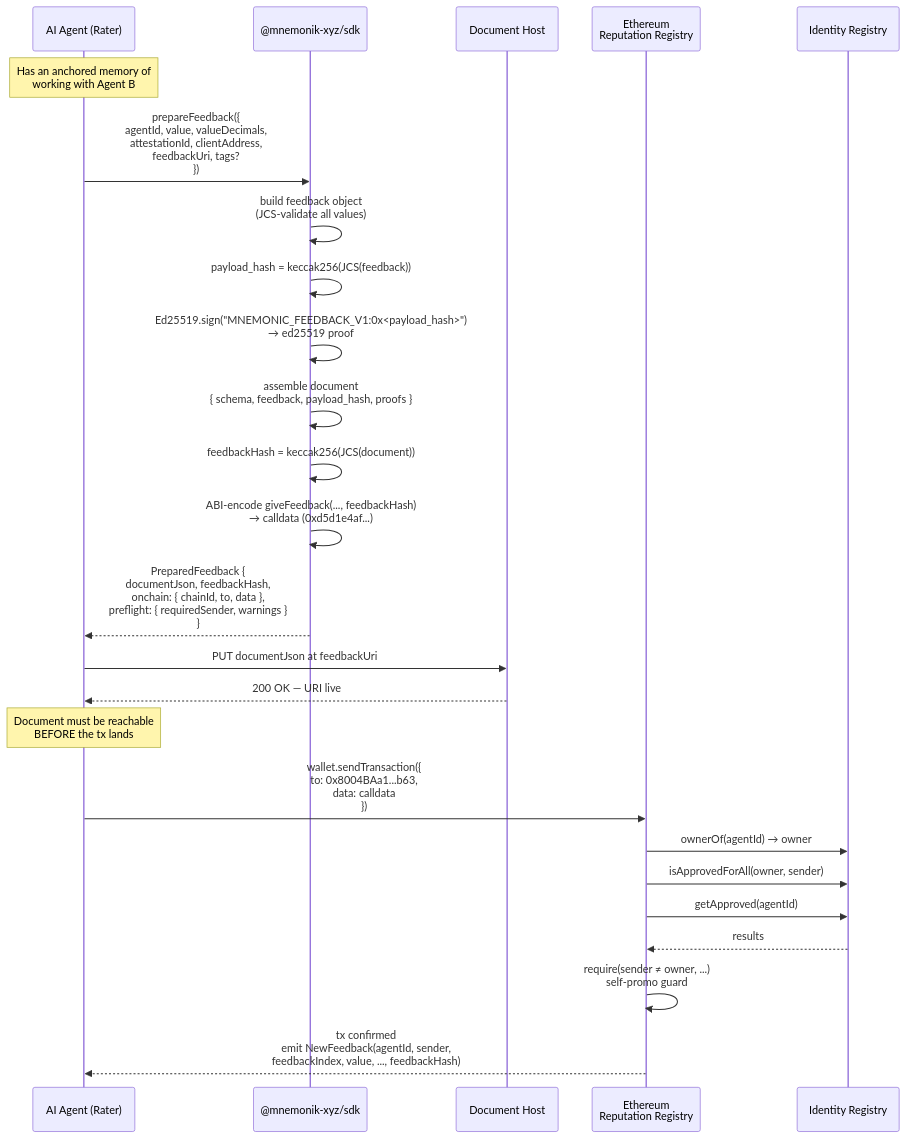
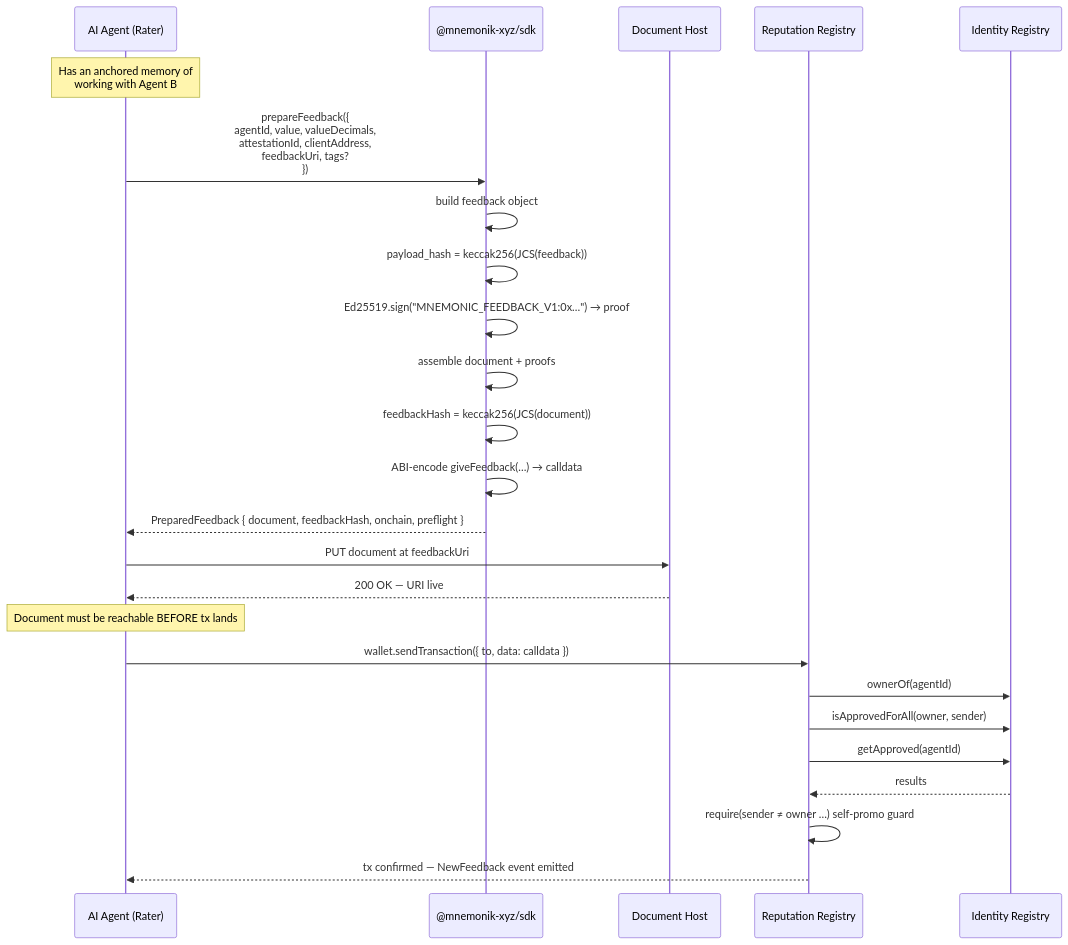
One commit to mnemonik-xyz/monorepo changed the second of 5 diagrams in docs/spec/erc8004-feedback-v1.md. Above: the diagram before and after it, drawn with Mermaid. The commit also changed other lines of this file, not shown here.

First line of the commit message:
docs(erc8004): replace PlantUML and timeline with GitHub-native Mermaid diagrams

````diff
--- a/docs/spec/erc8004-feedback-v1.md
+++ b/docs/spec/erc8004-feedback-v1.md
@@ -174,33 +159,32 @@
 ```mermaid
 sequenceDiagram
     participant A as AI Agent (Rater)
     participant SDK as @mnemonik-xyz/sdk
     participant Host as Document Host
-    participant ETH as Ethereum<br/>Reputation Registry
+    participant ETH as Reputation Registry
     participant IR as Identity Registry
 
     Note over A: Has an anchored memory of<br/>working with Agent B
 
     A->>SDK: prepareFeedback({<br/>  agentId, value, valueDecimals,<br/>  attestationId, clientAddress,<br/>  feedbackUri, tags?<br/>})
+    SDK->>SDK: build feedback object
+    SDK->>SDK: payload_hash = keccak256(JCS(feedback))
+    SDK->>SDK: Ed25519.sign("MNEMONIC_FEEDBACK_V1:0x…") → proof
+    SDK->>SDK: assemble document + proofs
+    SDK->>SDK: feedbackHash = keccak256(JCS(document))
+    SDK->>SDK: ABI-encode giveFeedback(…) → calldata
+    SDK-->>A: PreparedFeedback { document, feedbackHash, onchain, preflight }
 
-    SDK->>SDK: build feedback object<br/>(JCS-validate all values)
-    SDK->>SDK: payload_hash = keccak256(JCS(feedback))
-    SDK->>SDK: Ed25519.sign("MNEMONIC_FEEDBACK_V1:0x<payload_hash>")<br/>→ ed25519 proof
-    SDK->>SDK: assemble document<br/>{ schema, feedback, payload_hash, proofs }
-    SDK->>SDK: feedbackHash = keccak256(JCS(document))
-    SDK->>SDK: ABI-encode giveFeedback(..., feedbackHash)<br/>→ calldata (0xd5d1e4af...)
-    SDK-->>A: PreparedFeedback {<br/>  documentJson, feedbackHash,<br/>  onchain: { chainId, to, data },<br/>  preflight: { requiredSender, warnings }<br/>}
-
-    A->>Host: PUT documentJson at feedbackUri
+    A->>Host: PUT document at feedbackUri
     Host-->>A: 200 OK — URI live
 
-    Note over A: Document must be reachable<br/>BEFORE the tx lands
+    Note over A: Document must be reachable BEFORE tx lands
 
-    A->>ETH: wallet.sendTransaction({<br/>  to: 0x8004BAa1...b63,<br/>  data: calldata<br/>})
-    ETH->>IR: ownerOf(agentId) → owner
+    A->>ETH: wallet.sendTransaction({ to, data: calldata })
+    ETH->>IR: ownerOf(agentId)
     ETH->>IR: isApprovedForAll(owner, sender)
     ETH->>IR: getApproved(agentId)
     IR-->>ETH: results
-    ETH->>ETH: require(sender ≠ owner, ...)<br/>self-promo guard
-    ETH-->>A: tx confirmed<br/>emit NewFeedback(agentId, sender,<br/>  feedbackIndex, value, ..., feedbackHash)
+    ETH->>ETH: require(sender ≠ owner …) self-promo guard
+    ETH-->>A: tx confirmed — NewFeedback event emitted
 ```
````
